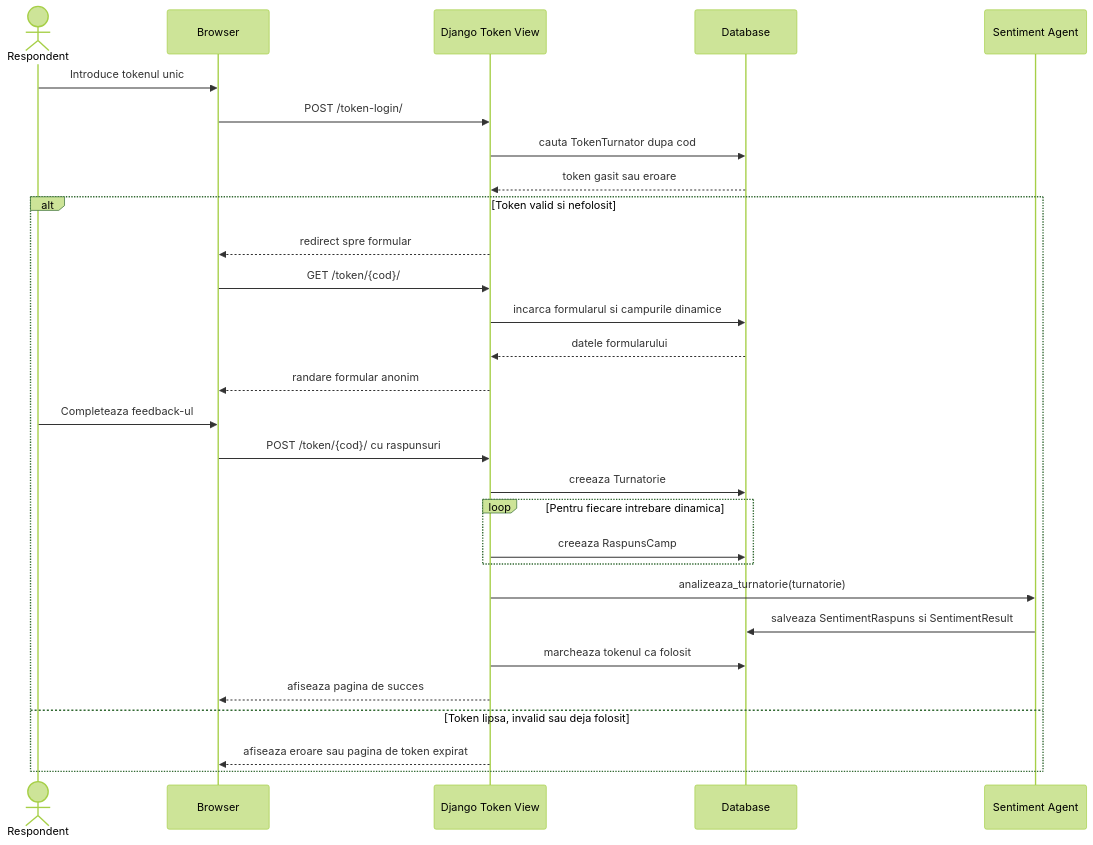
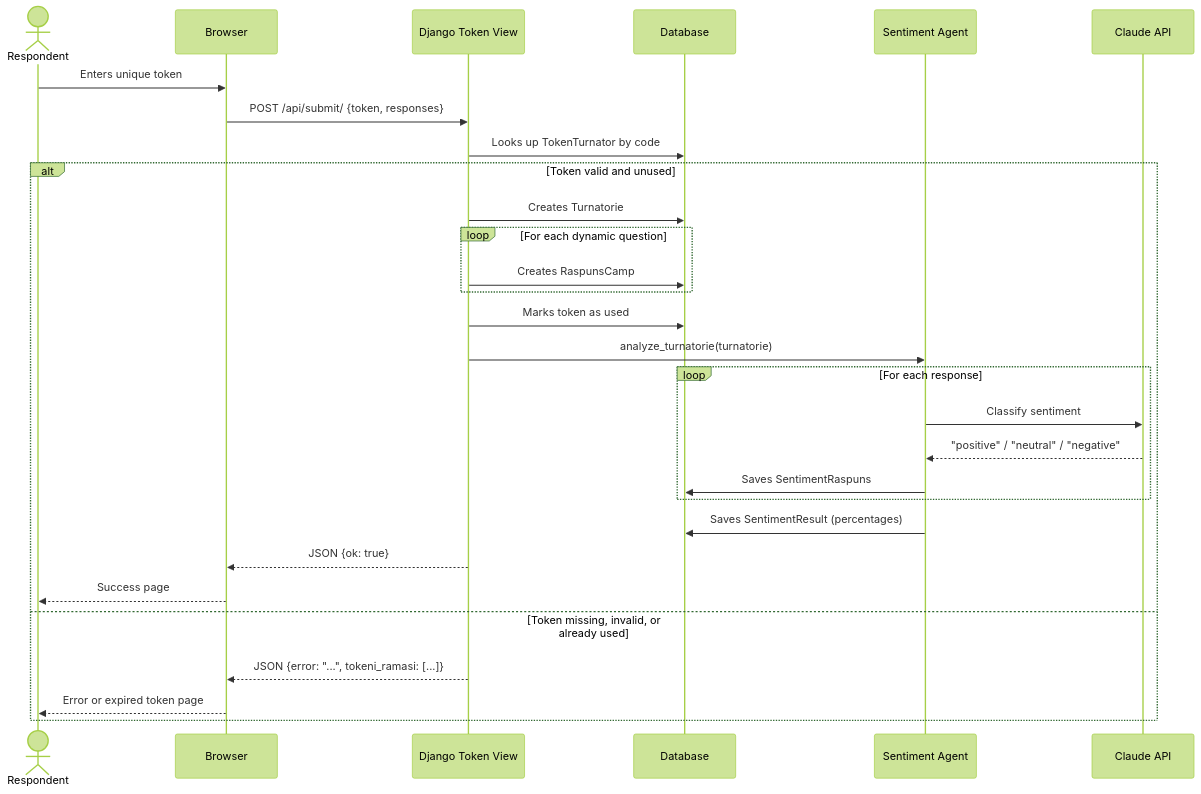
The second of 2 diagrams in qa/class_and_sequence_diagrams.md (Andrehix/turnatoru), drawn with Mermaid (forest theme) before and after one commit. The commit also changed other lines of this file and 2 other files, not shown here.

````diff
--- a/qa/class_and_sequence_diagrams.md
+++ b/qa/class_and_sequence_diagrams.md
@@ -60,33 +73,33 @@
 ```mermaid
 sequenceDiagram
     actor Respondent
     participant Browser
-    participant TokenView as Django Token View
+    participant DjangoView as Django Token View
     participant DB as Database
     participant Sentiment as Sentiment Agent
+    participant Claude as Claude API
 
-    Respondent->>Browser: Introduce tokenul unic
-    Browser->>TokenView: POST /token-login/
-    TokenView->>DB: cauta TokenTurnator dupa cod
-    DB-->>TokenView: token gasit sau eroare
+    Respondent->>Browser: Enters unique token
+    Browser->>DjangoView: POST /api/submit/ {token, responses}
+    DjangoView->>DB: Looks up TokenTurnator by code
 
-    alt Token valid si nefolosit
-        TokenView-->>Browser: redirect spre formular
-        Browser->>TokenView: GET /token/{cod}/
-        TokenView->>DB: incarca formularul si campurile dinamice
-        DB-->>TokenView: datele formularului
-        TokenView-->>Browser: randare formular anonim
-        Respondent->>Browser: Completeaza feedback-ul
-        Browser->>TokenView: POST /token/{cod}/ cu raspunsuri
-        TokenView->>DB: creeaza Turnatorie
-        loop Pentru fiecare intrebare dinamica
-            TokenView->>DB: creeaza RaspunsCamp
+    alt Token valid and unused
+        DjangoView->>DB: Creates Turnatorie
+        loop For each dynamic question
+            DjangoView->>DB: Creates RaspunsCamp
         end
-        TokenView->>Sentiment: analizeaza_turnatorie(turnatorie)
-        Sentiment->>DB: salveaza SentimentRaspuns si SentimentResult
-        TokenView->>DB: marcheaza tokenul ca folosit
-        TokenView-->>Browser: afiseaza pagina de succes
-    else Token lipsa, invalid sau deja folosit
-        TokenView-->>Browser: afiseaza eroare sau pagina de token expirat
+        DjangoView->>DB: Marks token as used
+        DjangoView->>Sentiment: analyze_turnatorie(turnatorie)
+        loop For each response
+            Sentiment->>Claude: Classify sentiment
+            Claude-->>Sentiment: "positive" / "neutral" / "negative"
+            Sentiment->>DB: Saves SentimentRaspuns
+        end
+        Sentiment->>DB: Saves SentimentResult (percentages)
+        DjangoView-->>Browser: JSON {ok: true}
+        Browser-->>Respondent: Success page
+    else Token missing, invalid, or already used
+        DjangoView-->>Browser: JSON {error: "...", tokeni_ramasi: [...]}
+        Browser-->>Respondent: Error or expired token page
     end
 ```
````
